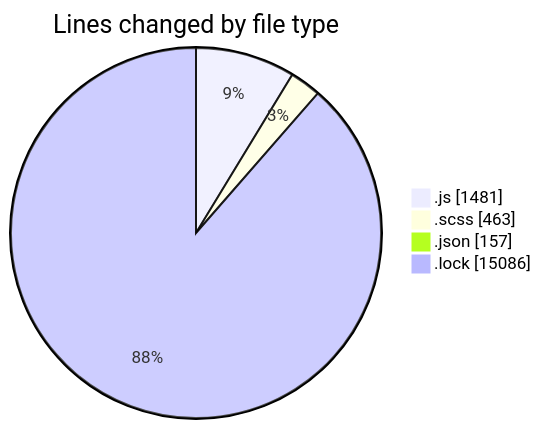
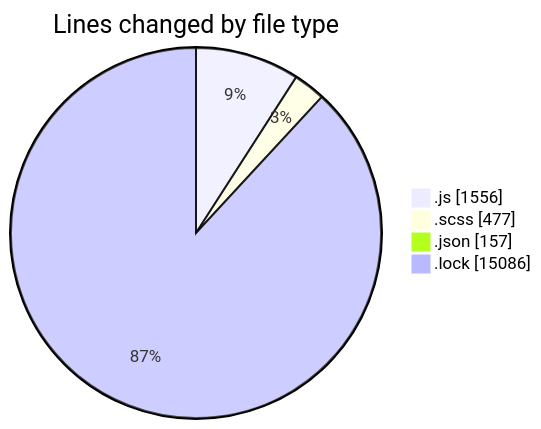
One commit to momahboobian/code-tracking changed the first of 2 diagrams in 2026-01-05/cda/README.md. Above: the diagram before and after it, drawn with Mermaid. The commit also changed other lines of this file and 1 other file, not shown here.

````diff
--- a/2026-01-05/cda/README.md
+++ b/2026-01-05/cda/README.md
@@ -38,8 +38,8 @@
 ```mermaid
 pie showData
 title Lines changed by file type
-".js" : 1481
-".scss" : 463
+".js" : 1556
+".scss" : 477
 ".json" : 157
 ".lock" : 15086
 ```
````
